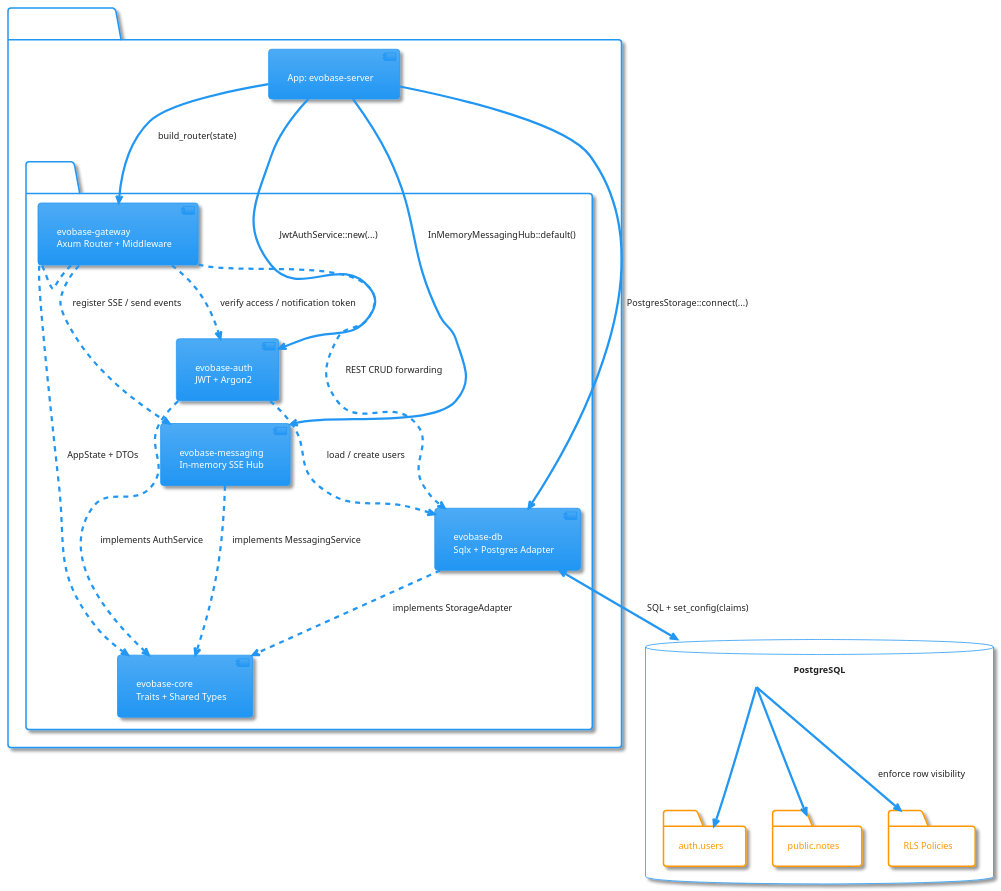
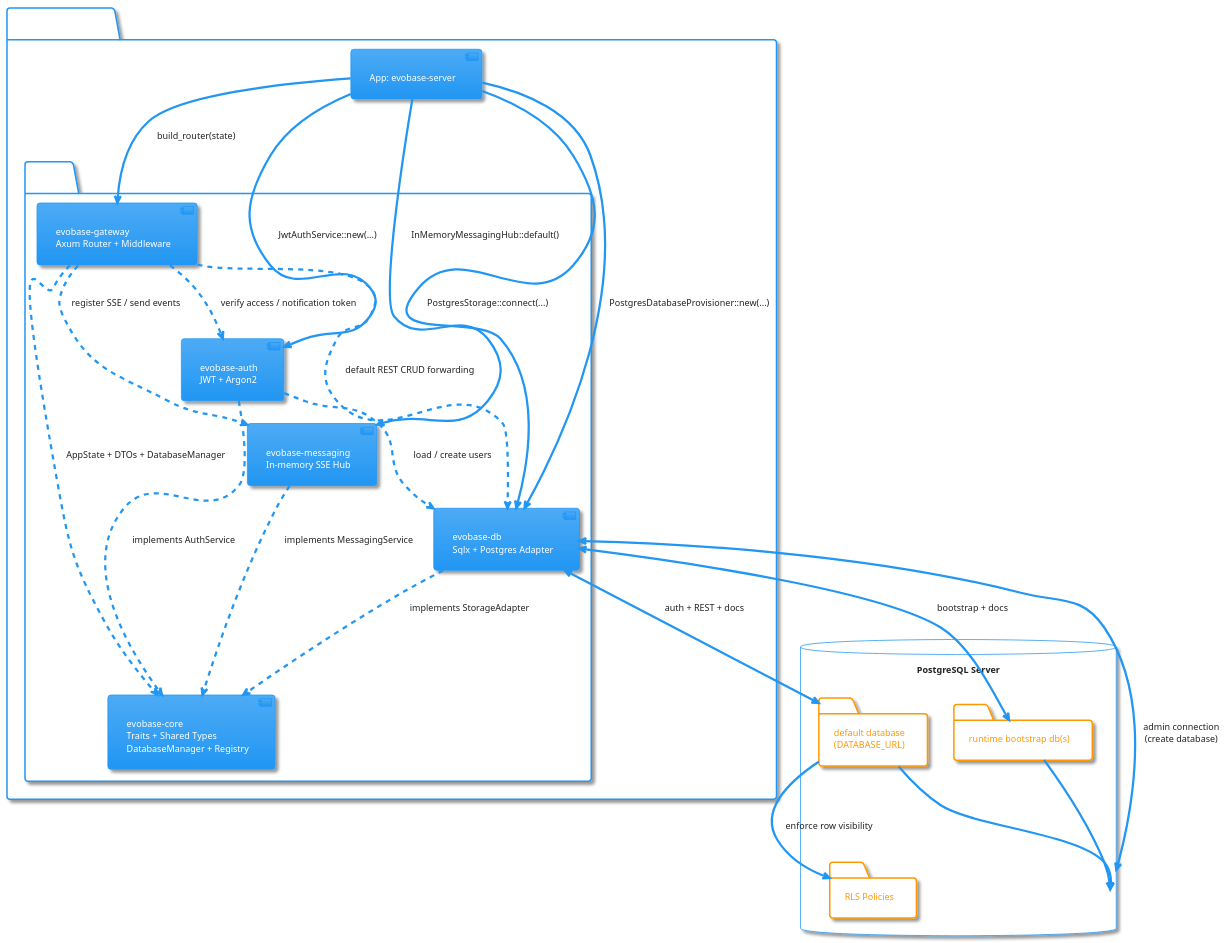
One commit to loveoverflowcom/evobase changed the diagram in docs/diagrams/01_component_overview.puml. Above: the diagram before and after it, drawn with PlantUML. The commit also changed 36 other files, not shown here.

```diff
--- a/docs/diagrams/01_component_overview.puml
+++ b/docs/diagrams/01_component_overview.puml
@@ -1,42 +1,45 @@
 @startuml Evobase_Component_Overview
 !theme materia
 skinparam componentStyle uml2
 
 package "evobase-workspace" {
     [App: evobase-server] as server
 
     package "Crates" {
         [evobase-gateway\nAxum Router + Middleware] as gateway
         [evobase-auth\nJWT + Argon2] as auth
         [evobase-messaging\nIn-memory SSE Hub] as messaging
         [evobase-db\nSqlx + Postgres Adapter] as db
-        [evobase-core\nTraits + Shared Types] as core
+        [evobase-core\nTraits + Shared Types\nDatabaseManager + Registry] as core
     }
 }
 
-database "PostgreSQL" as postgres {
-    folder "auth.users" as users
-    folder "public.notes" as notes
+database "PostgreSQL Server" as postgres {
+    folder "default database\n(DATABASE_URL)" as defaultdb
+    folder "runtime bootstrap db(s)" as runtimedb
     folder "RLS Policies" as rls
 }
 
 server --> gateway : build_router(state)
 server --> auth : JwtAuthService::new(...)
 server --> db : PostgresStorage::connect(...)
+server --> db : PostgresDatabaseProvisioner::new(...)
 server --> messaging : InMemoryMessagingHub::default()
 
 gateway ..> auth : verify access / notification token
 gateway ..> messaging : register SSE / send events
-gateway ..> db : REST CRUD forwarding
-gateway ..> core : AppState + DTOs
+gateway ..> db : default REST CRUD forwarding
+gateway ..> core : AppState + DTOs + DatabaseManager
 
 auth ..> db : load / create users
 auth ..> core : implements AuthService
 messaging ..> core : implements MessagingService
 db ..> core : implements StorageAdapter
 
-db <--> postgres : SQL + set_config(claims)
-postgres --> rls : enforce row visibility
-postgres --> users
-postgres --> notes
+db <--> defaultdb : auth + REST + docs
+db <--> runtimedb : bootstrap + docs
+db <--> postgres : admin connection\n(create database)
+defaultdb --> rls : enforce row visibility
+defaultdb --> postgres
+runtimedb --> postgres
 @enduml
```
